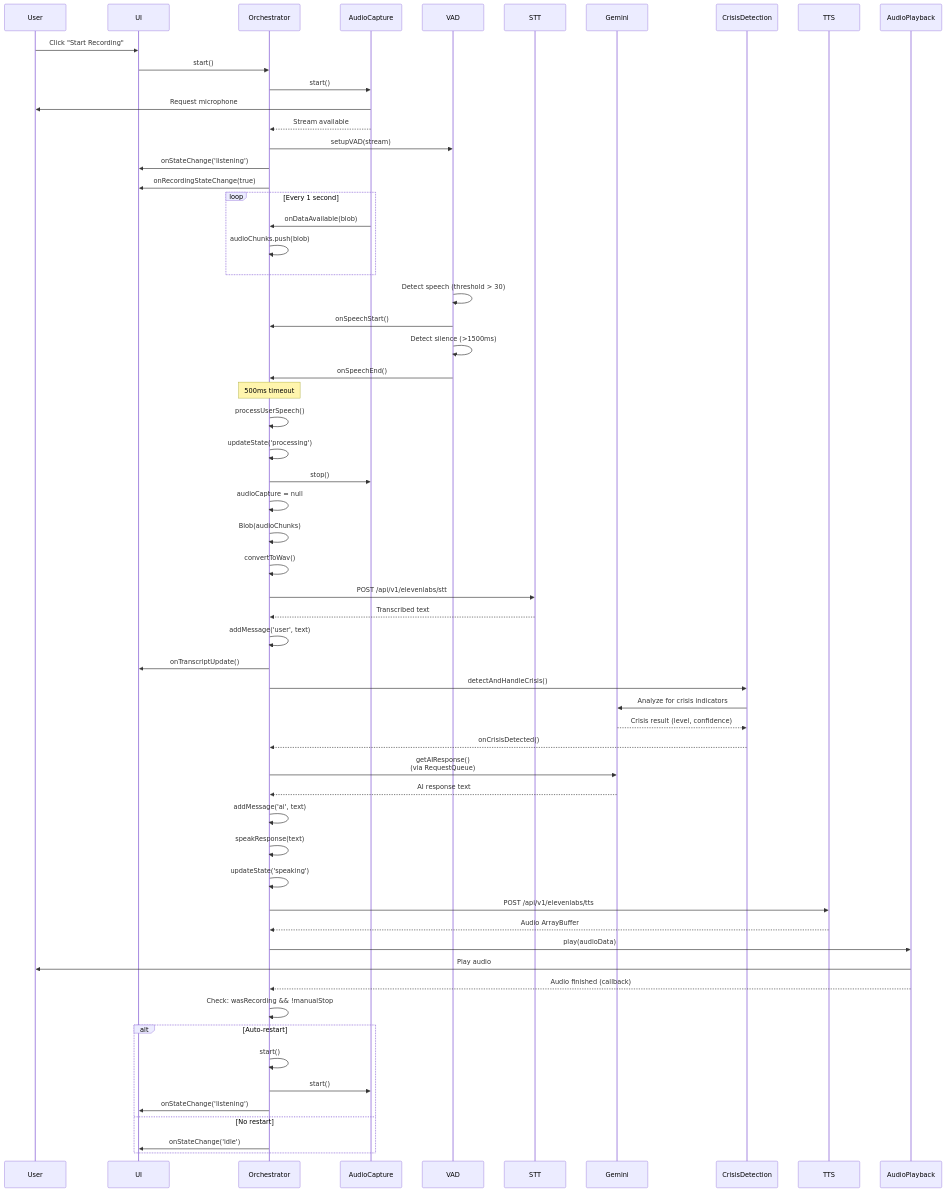
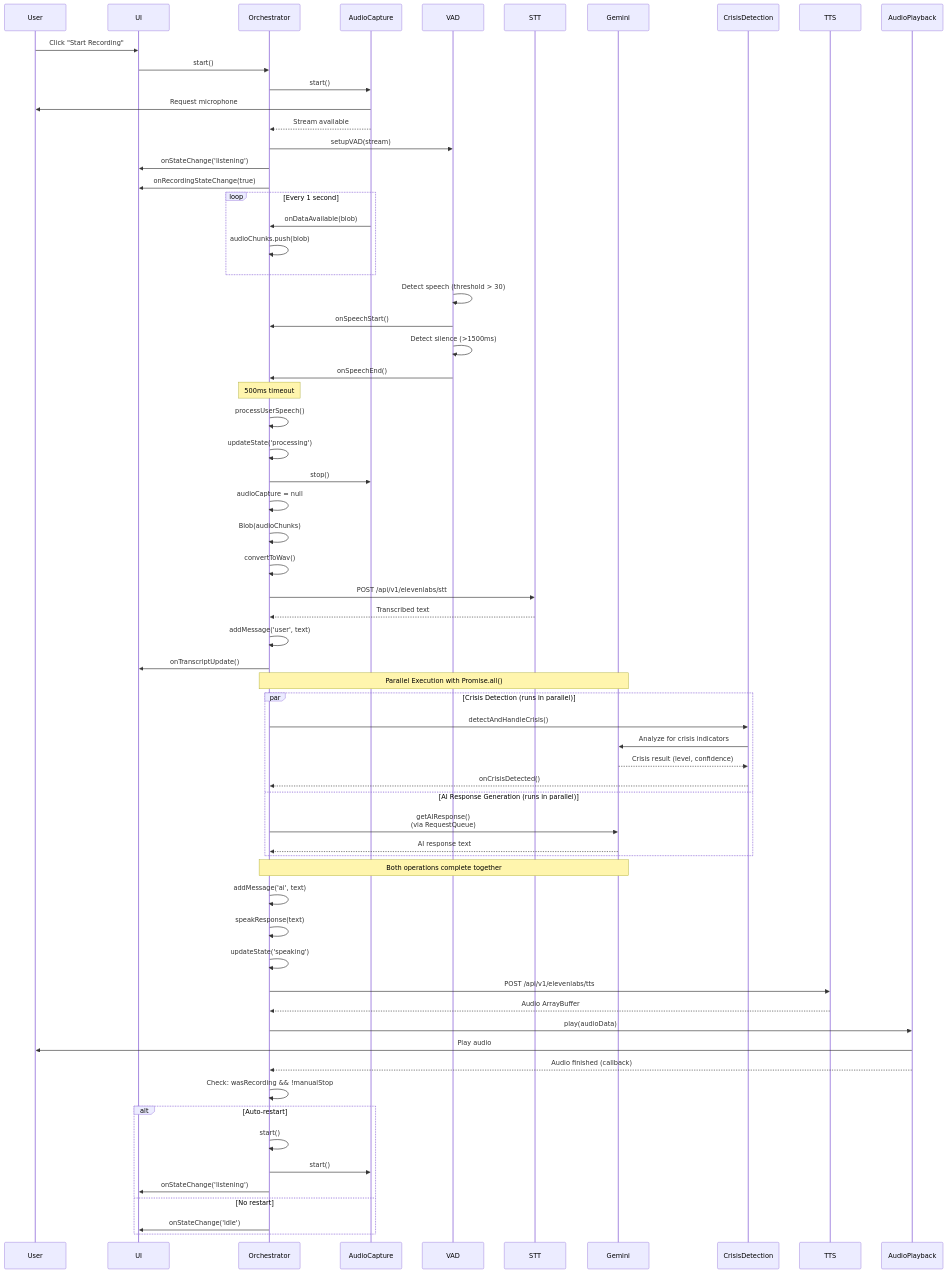
Before and after one commit to shahul01/voice-journal-therapy: the fourth of 6 diagrams in docs/ARCHITECTURE_FLOWCHART.md, drawn with Mermaid. The commit also changed other lines of this file and 2 other files, not shown here.

Commit message:
performance:bf: gemini response and crisis detection fetches happen via promise.all(),- not tested & sv checked(0e -)

````diff
--- a/docs/ARCHITECTURE_FLOWCHART.md
+++ b/docs/ARCHITECTURE_FLOWCHART.md
@@ -275,66 +284,73 @@
 ```mermaid
 sequenceDiagram
     participant User
     participant UI
     participant Orchestrator
     participant AudioCapture
     participant VAD
     participant STT
     participant Gemini
     participant CrisisDetection
     participant TTS
     participant AudioPlayback
 
     User->>UI: Click "Start Recording"
     UI->>Orchestrator: start()
     Orchestrator->>AudioCapture: start()
     AudioCapture->>User: Request microphone
     AudioCapture-->>Orchestrator: Stream available
     Orchestrator->>VAD: setupVAD(stream)
     Orchestrator->>UI: onStateChange('listening')
     Orchestrator->>UI: onRecordingStateChange(true)
 
     loop Every 1 second
         AudioCapture->>Orchestrator: onDataAvailable(blob)
         Orchestrator->>Orchestrator: audioChunks.push(blob)
     end
 
     VAD->>VAD: Detect speech (threshold > 30)
     VAD->>Orchestrator: onSpeechStart()
     VAD->>VAD: Detect silence (>1500ms)
     VAD->>Orchestrator: onSpeechEnd()
 
     Note over Orchestrator: 500ms timeout
     Orchestrator->>Orchestrator: processUserSpeech()
     Orchestrator->>Orchestrator: updateState('processing')
     Orchestrator->>AudioCapture: stop()
     Orchestrator->>Orchestrator: audioCapture = null
     Orchestrator->>Orchestrator: Blob(audioChunks)
     Orchestrator->>Orchestrator: convertToWav()
     Orchestrator->>STT: POST /api/v1/elevenlabs/stt
     STT-->>Orchestrator: Transcribed text
     Orchestrator->>Orchestrator: addMessage('user', text)
     Orchestrator->>UI: onTranscriptUpdate()
-    Orchestrator->>CrisisDetection: detectAndHandleCrisis()
-    CrisisDetection->>Gemini: Analyze for crisis indicators
-    Gemini-->>CrisisDetection: Crisis result (level, confidence)
-    CrisisDetection-->>Orchestrator: onCrisisDetected()
-    Orchestrator->>Gemini: getAIResponse()<br/>(via RequestQueue)
-    Gemini-->>Orchestrator: AI response text
+
+    Note over Orchestrator,Gemini: Parallel Execution with Promise.all()
+    par Crisis Detection (runs in parallel)
+        Orchestrator->>CrisisDetection: detectAndHandleCrisis()
+        CrisisDetection->>Gemini: Analyze for crisis indicators
+        Gemini-->>CrisisDetection: Crisis result (level, confidence)
+        CrisisDetection-->>Orchestrator: onCrisisDetected()
+    and AI Response Generation (runs in parallel)
+        Orchestrator->>Gemini: getAIResponse()<br/>(via RequestQueue)
+        Gemini-->>Orchestrator: AI response text
+    end
+    Note over Orchestrator,Gemini: Both operations complete together
+
     Orchestrator->>Orchestrator: addMessage('ai', text)
     Orchestrator->>Orchestrator: speakResponse(text)
     Orchestrator->>Orchestrator: updateState('speaking')
     Orchestrator->>TTS: POST /api/v1/elevenlabs/tts
     TTS-->>Orchestrator: Audio ArrayBuffer
     Orchestrator->>AudioPlayback: play(audioData)
     AudioPlayback->>User: Play audio
     AudioPlayback-->>Orchestrator: Audio finished (callback)
     Orchestrator->>Orchestrator: Check: wasRecording && !manualStop
     alt Auto-restart
         Orchestrator->>Orchestrator: start()
         Orchestrator->>AudioCapture: start()
         Orchestrator->>UI: onStateChange('listening')
     else No restart
         Orchestrator->>UI: onStateChange('idle')
     end
 ```
````
